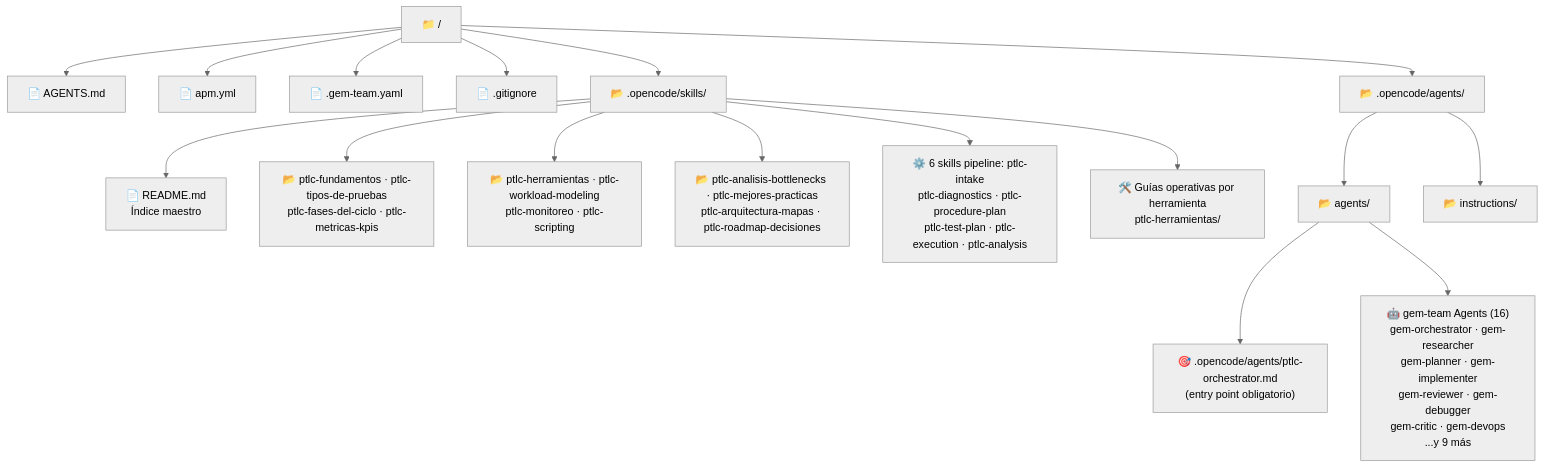
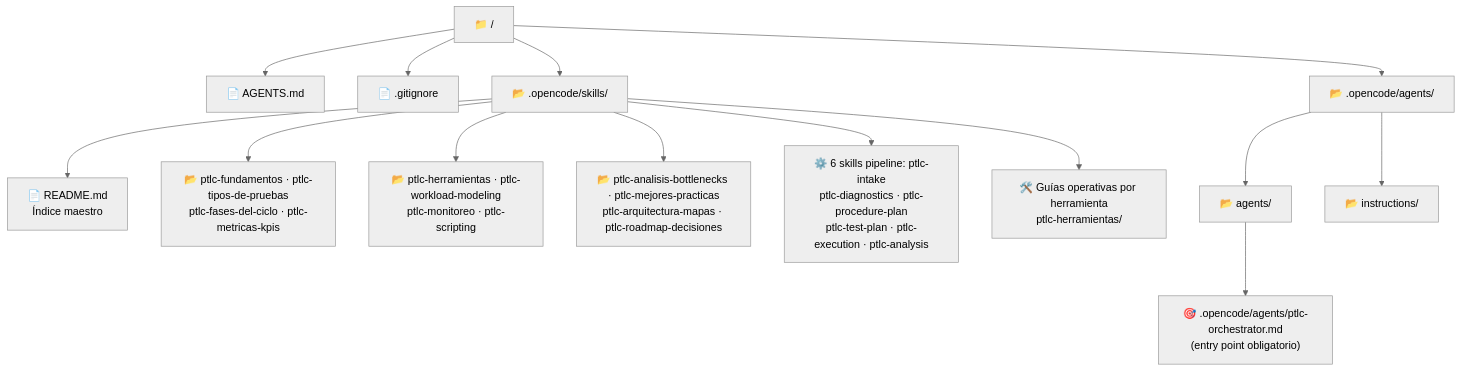
The fifth of 7 diagrams in .opencode/skills/ptlc-arquitectura-mapas/MAP.md (criquil/Intelligent_Performance_Test_Orchstrator), drawn with Mermaid (neutral theme) before and after one commit. The commit also changed other lines of this file and 46 other files, not shown here.

````diff
--- a/.opencode/skills/ptlc-arquitectura-mapas/MAP.md
+++ b/.opencode/skills/ptlc-arquitectura-mapas/MAP.md
@@ -203,24 +261,21 @@
 ```mermaid
 graph TD
     ROOT["📁 /"]
 
     ROOT --> CLAUDE_F["📄 AGENTS.md"]
-    ROOT --> APM_F["📄 apm.yml"]
-    ROOT --> GEM_F["📄 .gem-team.yaml"]
     ROOT --> GIT_F["📄 .gitignore"]
     ROOT --> SK_ROOT_F["📂 .opencode/skills/"]
     ROOT --> GH_F["📂 .opencode/agents/"]
 
     SK_ROOT_F --> README_SK["📄 README.md\nÍndice maestro"]
     SK_ROOT_F --> K1["📂 ptlc-fundamentos · ptlc-tipos-de-pruebas\nptlc-fases-del-ciclo · ptlc-metricas-kpis"]
     SK_ROOT_F --> K2["📂 ptlc-herramientas · ptlc-workload-modeling\nptlc-monitoreo · ptlc-scripting"]
     SK_ROOT_F --> K3["📂 ptlc-analisis-bottlenecks · ptlc-mejores-practicas\nptlc-arquitectura-mapas · ptlc-roadmap-decisiones"]
     SK_ROOT_F --> K4["⚙️ 6 skills pipeline: ptlc-intake\nptlc-diagnostics · ptlc-procedure-plan\nptlc-test-plan · ptlc-execution · ptlc-analysis"]
     SK_ROOT_F --> K5["🛠️ Guías operativas por herramienta\nptlc-herramientas/"]
 
     GH_F --> AG_F["📂 agents/"]
     GH_F --> INS_F["📂 instructions/"]
 
     AG_F --> PTLC_AG["🎯 .opencode/agents/ptlc-orchestrator.md\n(entry point obligatorio)"]
-    AG_F --> GEM_AG["🤖 gem-team Agents (16)\ngem-orchestrator · gem-researcher\ngem-planner · gem-implementer\ngem-reviewer · gem-debugger\ngem-critic · gem-devops\n...y 9 más"]
 ```
````
